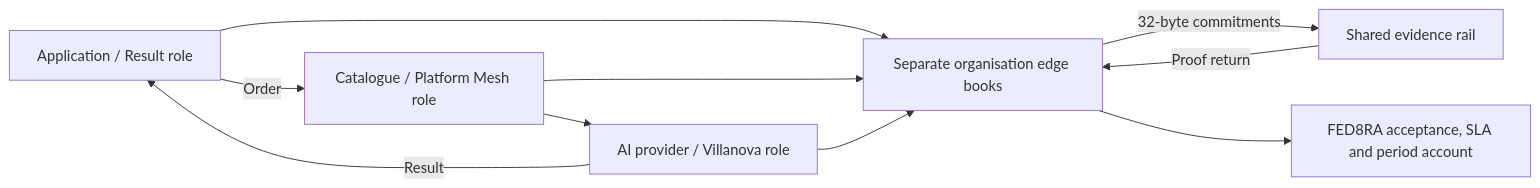
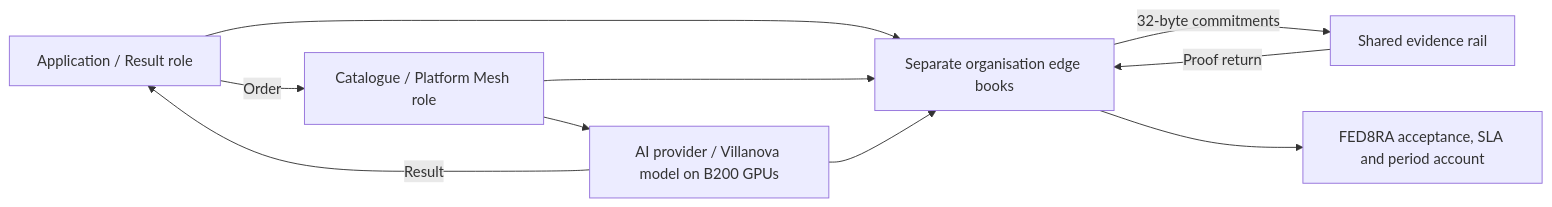
One commit to hashnet-colab/fed8ra-lab changed the diagram in README.md. Above: the diagram before and after it, drawn with Mermaid. The commit also changed other lines of this file and 1 other file, not shown here.

````diff
--- a/README.md
+++ b/README.md
@@ -21,12 +23,12 @@
 ```mermaid
 flowchart LR
     A[Application / Result role] -->|Order| P[Catalogue / Platform Mesh role]
-    P --> V[AI provider / Villanova role]
+    P --> V[AI provider / Villanova model on B200 GPUs]
     V -->|Result| A
     A --> E[Separate organisation edge books]
     P --> E
     V --> E
     E -->|32-byte commitments| R[Shared evidence rail]
     R -->|Proof return| E
     E --> F[FED8RA acceptance, SLA and period account]
 ```
````
